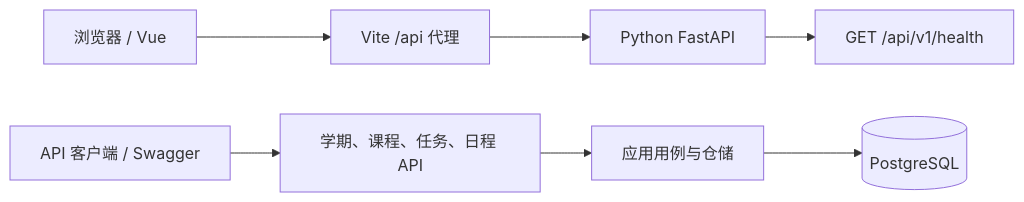
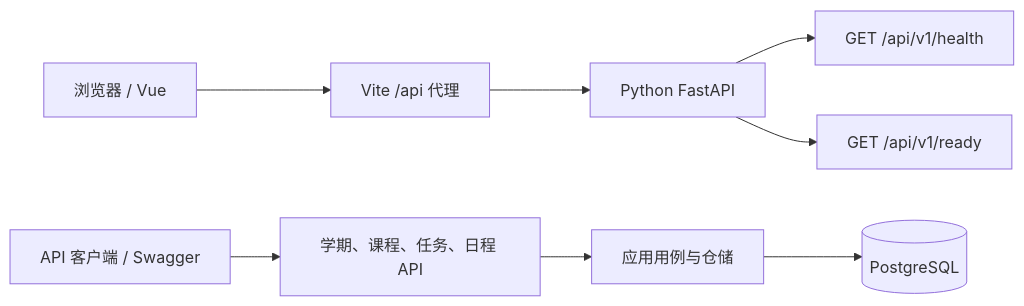
The first of 2 diagrams in README.md (LUNARKN1GHT/CampusFlow), drawn with Mermaid before and after one commit. The commit also changed 4 other files, not shown here.

````diff
--- a/README.md
+++ b/README.md
@@ -25,9 +25,10 @@
 ```mermaid
 flowchart LR
     Browser[浏览器 / Vue] --> Proxy[Vite /api 代理]
     Proxy --> API[Python FastAPI]
     API --> Health[GET /api/v1/health]
+    API --> Ready[GET /api/v1/ready]
     Client[API 客户端 / Swagger] --> Business[学期、课程、任务、日程 API]
     Business --> UseCases[应用用例与仓储]
     UseCases --> DB[(PostgreSQL)]
 ```
````
